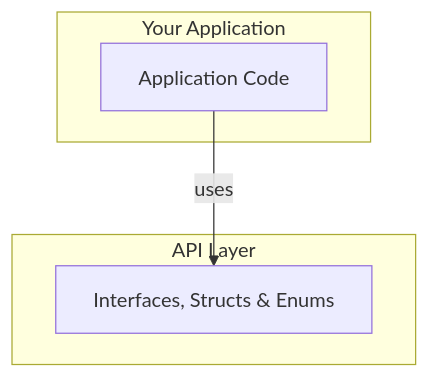
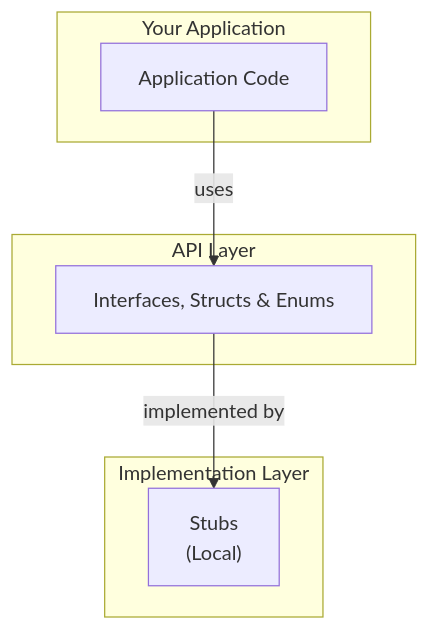
One commit to apigear-io/template-unreal changed the diagram in docs/docs/features/features.md. Above: the diagram before and after it, drawn with Mermaid. The commit also changed other lines of this file and 2 other files, not shown here.

Commit message:
docs(stubs): add feature documentation

````diff
--- a/docs/docs/features/features.md
+++ b/docs/docs/features/features.md
@@ -54,12 +55,17 @@
 ```mermaid
 graph TD
     subgraph Application[" Your Application "]
         App[Application Code]
     end
 
     subgraph API[" API Layer "]
         Interface[Interfaces, Structs & Enums]
     end
 
+    subgraph Implementations[" Implementation Layer "]
+        Stubs["Stubs<br/>(Local)"]
+    end
+
     App -->|uses| Interface
+    Interface -->|implemented by| Stubs
 ```
````
